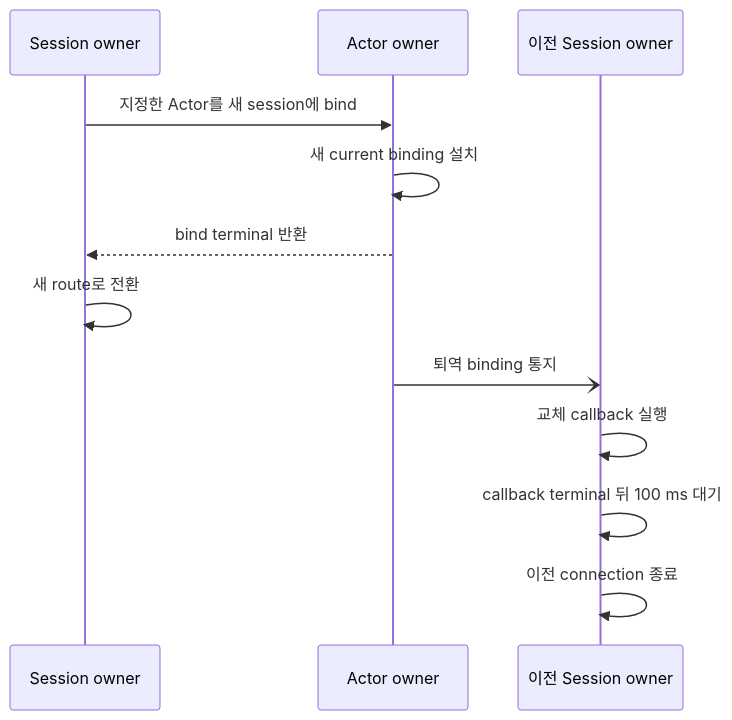
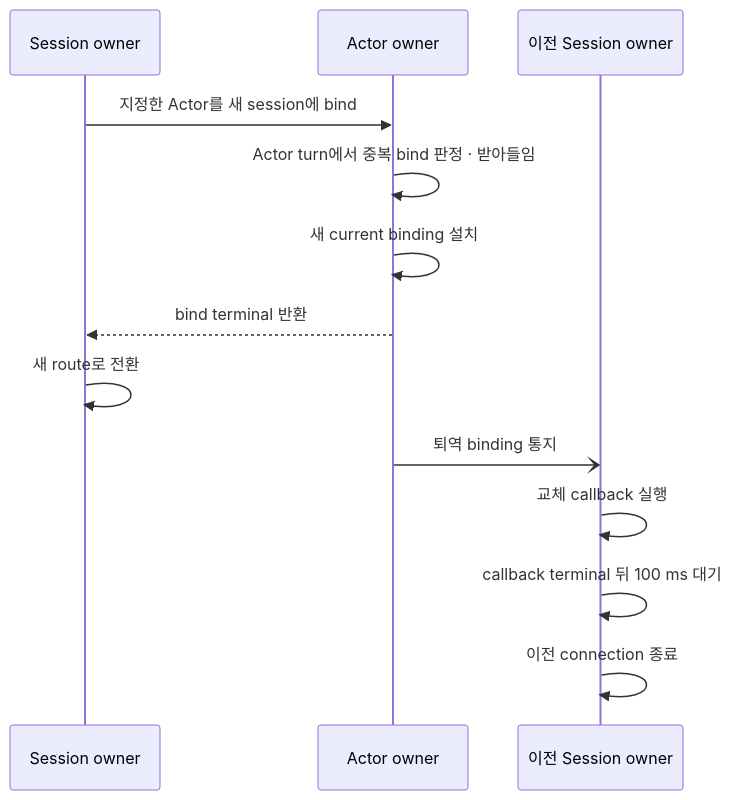
One commit to zlink-systems/zlink changed the second of 3 diagrams in framework/doc/framework/common/spec/server/04-session/02-session-actor-binding.ko.md. Above: the diagram before and after it, drawn with Mermaid. The commit also changed other lines of this file and 97 other files, not shown here.

````diff
--- a/framework/doc/framework/common/spec/server/04-session/02-session-actor-binding.ko.md
+++ b/framework/doc/framework/common/spec/server/04-session/02-session-actor-binding.ko.md
@@ -377,15 +403,16 @@
 ```mermaid
 sequenceDiagram
     participant SO as Session owner
     participant AO as Actor owner
     participant PO as 이전 Session owner
 
     SO->>AO: 지정한 Actor를 새 session에 bind
+    AO->>AO: Actor turn에서 중복 bind 판정 · 받아들임
     AO->>AO: 새 current binding 설치
     AO-->>SO: bind terminal 반환
     SO->>SO: 새 route로 전환
     AO-)PO: 퇴역 binding 통지
     PO->>PO: 교체 callback 실행
     PO->>PO: callback terminal 뒤 100 ms 대기
     PO->>PO: 이전 connection 종료
 ```
````
